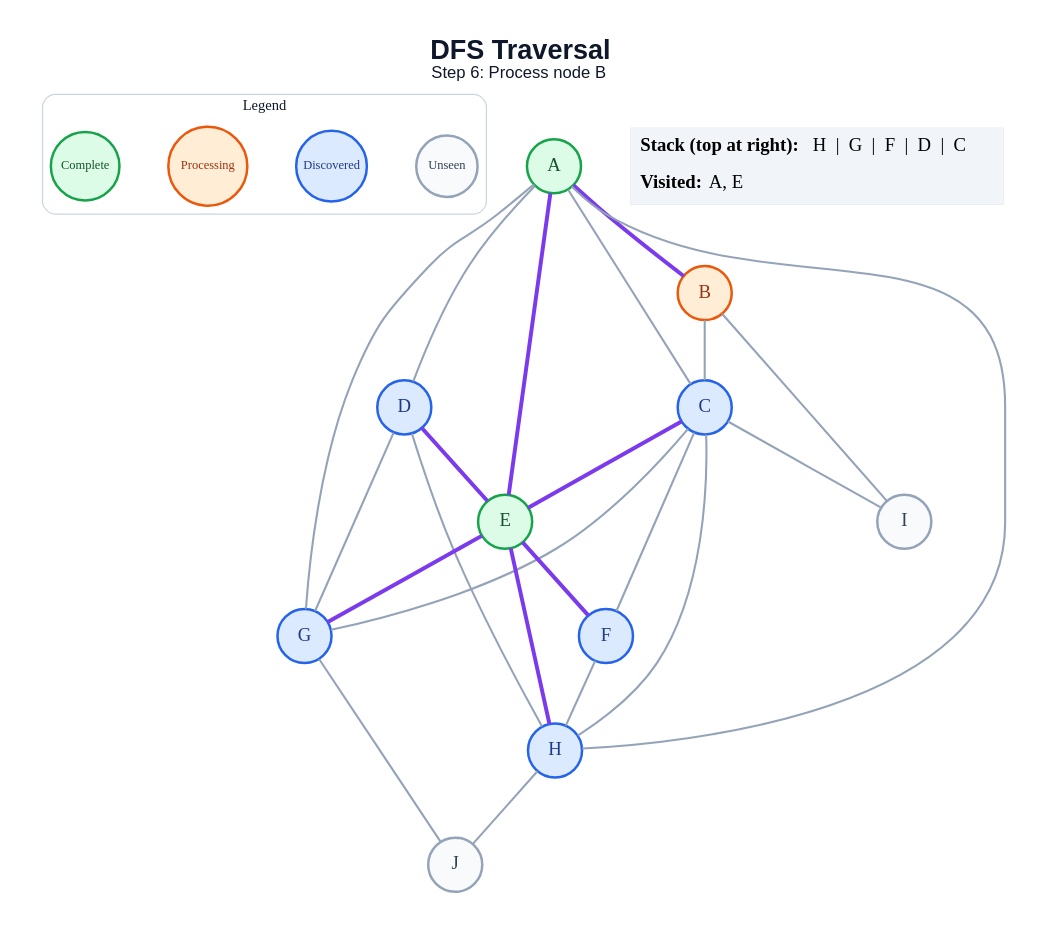
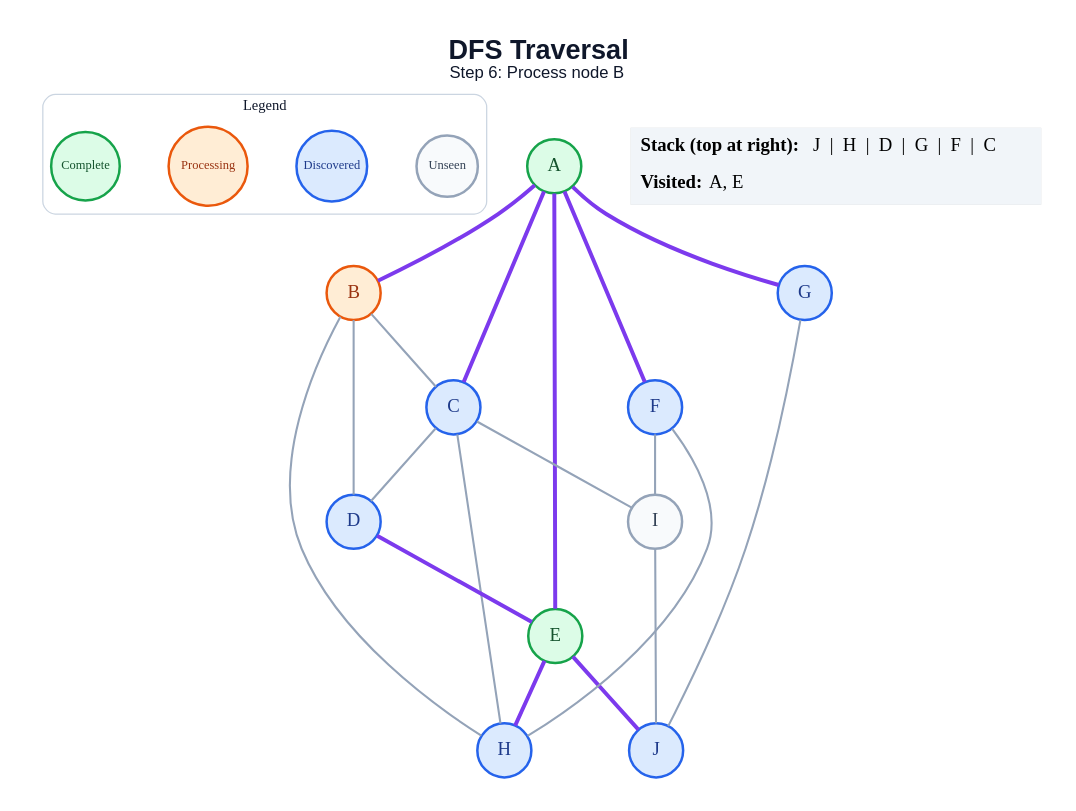
Before and after one commit to amanghodawala9/ai-slop: the diagram in generated/specific-node/dfs/step_06.dot, drawn with Graphviz. The commit also changed 178 other files, not shown here.

```diff
--- a/generated/specific-node/dfs/step_06.dot
+++ b/generated/specific-node/dfs/step_06.dot
@@ -1,51 +1,47 @@
 graph traversal {
   graph [layout=dot, rankdir=TB, bgcolor="#FFFFFF", pad="0.35", nodesep="0.65", ranksep="0.8", fontname="Arial"];
   node [shape=circle, style="filled", fontname="Arial Bold", fontsize=18, width=0.72, fixedsize=true, penwidth=2.4];
   edge [color="#94A3B8", penwidth=2.0];
   label=<<B>DFS Traversal</B><BR/><FONT POINT-SIZE="16">Step 6: Process node B</FONT>>; labelloc="t"; fontsize=26; fontname="Arial"; fontcolor="#0F172A";
   subgraph cluster_legend { label="Legend"; color="#CBD5E1"; penwidth=1.2; style="rounded"; fontsize=14; fontname="Arial Bold";
     key_unseen [label="Unseen", fillcolor="#F8FAFC", color="#94A3B8", fontcolor="#334155", fontsize=12, width=0.82];
     key_frontier [label="Discovered", fillcolor="#DBEAFE", color="#2563EB", fontcolor="#1E3A8A", fontsize=12, width=0.95];
     key_current [label="Processing", fillcolor="#FFEDD5", color="#EA580C", fontcolor="#9A3412", fontsize=12, width=1.05];
     key_done [label="Complete", fillcolor="#DCFCE7", color="#16A34A", fontcolor="#14532D", fontsize=12, width=0.92];
     { rank=same; key_unseen; key_frontier; key_current; key_done; }
   }
   A [fillcolor="#DCFCE7", color="#16A34A", fontcolor="#14532D"];
   B [fillcolor="#FFEDD5", color="#EA580C", fontcolor="#9A3412"];
   C [fillcolor="#DBEAFE", color="#2563EB", fontcolor="#1E3A8A"];
   D [fillcolor="#DBEAFE", color="#2563EB", fontcolor="#1E3A8A"];
   E [fillcolor="#DCFCE7", color="#16A34A", fontcolor="#14532D"];
   F [fillcolor="#DBEAFE", color="#2563EB", fontcolor="#1E3A8A"];
   G [fillcolor="#DBEAFE", color="#2563EB", fontcolor="#1E3A8A"];
   H [fillcolor="#DBEAFE", color="#2563EB", fontcolor="#1E3A8A"];
   I [fillcolor="#F8FAFC", color="#94A3B8", fontcolor="#334155"];
-  J [fillcolor="#F8FAFC", color="#94A3B8", fontcolor="#334155"];
+  J [fillcolor="#DBEAFE", color="#2563EB", fontcolor="#1E3A8A"];
   A -- B [color="#7C3AED", penwidth=3.8];
-  A -- C;
-  A -- D;
+  A -- C [color="#7C3AED", penwidth=3.8];
   A -- E [color="#7C3AED", penwidth=3.8];
-  A -- G;
-  A -- H;
+  A -- F [color="#7C3AED", penwidth=3.8];
+  A -- G [color="#7C3AED", penwidth=3.8];
   B -- C;
-  B -- I;
-  C -- E [color="#7C3AED", penwidth=3.8];
-  C -- F;
-  C -- G;
+  B -- D;
+  B -- H;
+  C -- D;
   C -- H;
   C -- I;
   D -- E [color="#7C3AED", penwidth=3.8];
-  D -- G;
-  D -- H;
-  E -- F [color="#7C3AED", penwidth=3.8];
-  E -- G [color="#7C3AED", penwidth=3.8];
   E -- H [color="#7C3AED", penwidth=3.8];
+  E -- J [color="#7C3AED", penwidth=3.8];
   F -- H;
+  F -- I;
   G -- J;
-  H -- J;
+  I -- J;
   status [shape=plain, fixedsize=false, width=0, height=0, margin=0, label=<
     <TABLE BORDER="0" CELLBORDER="0" CELLPADDING="7" BGCOLOR="#F1F5F9">
-      <TR><TD ALIGN="LEFT"><B>Stack (top at right):</B> H  |  G  |  F  |  D  |  C</TD></TR>
+      <TR><TD ALIGN="LEFT"><B>Stack (top at right):</B> J  |  H  |  D  |  G  |  F  |  C</TD></TR>
       <TR><TD ALIGN="LEFT"><B>Visited:</B> A, E</TD></TR>
     </TABLE>
   >];
 }
```
